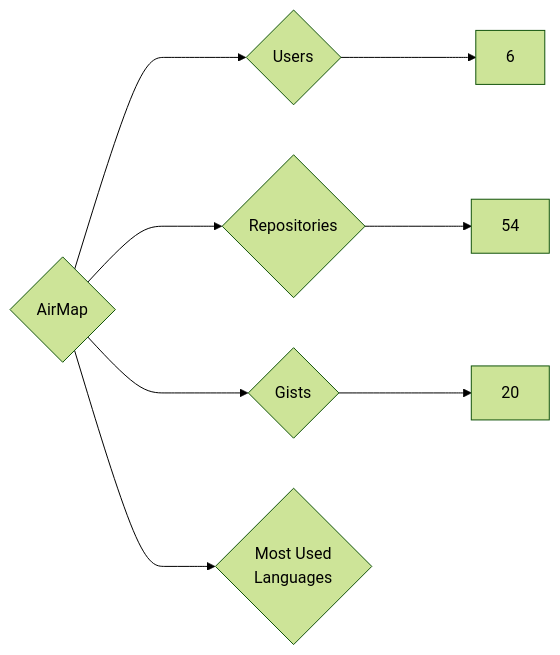
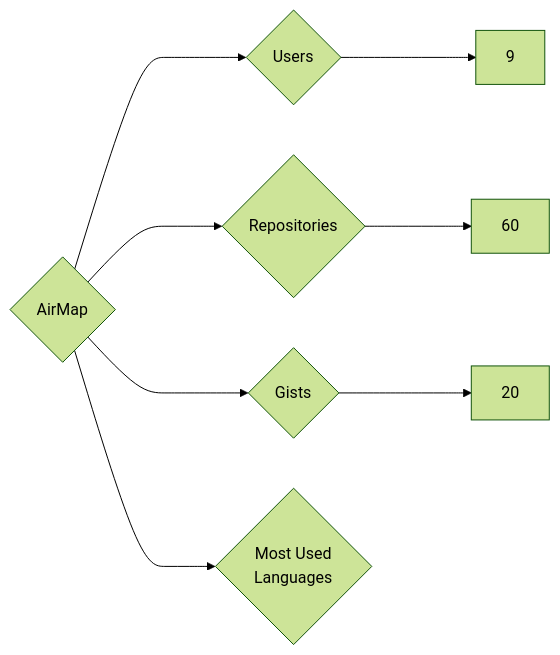
One commit to nenadzaric/insiders changed the diagram in targets/AirMap/README.md. Above: the diagram before and after it, drawn with Mermaid (forest theme). The commit also changed 24 other files, not shown here.

````diff
--- a/targets/AirMap/README.md
+++ b/targets/AirMap/README.md
@@ -3,8 +3,8 @@
 ```mermaid
 graph LR
 COMPANY_NAME{AirMap}
-COMPANY_NAME ---> U{Users} ---> UN[6]
-COMPANY_NAME ---> R{Repositories} ---> RN[54]
+COMPANY_NAME ---> U{Users} ---> UN[9]
+COMPANY_NAME ---> R{Repositories} ---> RN[60]
 COMPANY_NAME ---> G{Gists} ---> GN[20]
 COMPANY_NAME ---> ML{Most Used<br>Languages}
 ```
````
